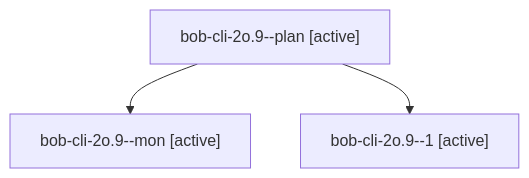
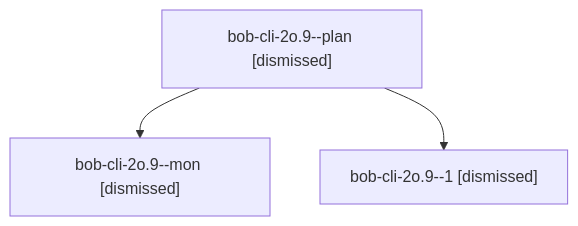
Before and after one commit to bobs-org/bob-cli--agents: the diagram in sessions/bbugyi200.apollo.bob-cli-2o.9.md, drawn with Mermaid. The commit also changed other lines of this file and 135 other files, not shown here.

````diff
--- a/sessions/bbugyi200.apollo.bob-cli-2o.9.md
+++ b/sessions/bbugyi200.apollo.bob-cli-2o.9.md
@@ -9,8 +9,8 @@
 ```mermaid
 flowchart TD
-  n0["bob-cli-2o.9--plan [active]"]
-  n1["bob-cli-2o.9--mon [active]"]
+  n0["bob-cli-2o.9--plan [dismissed]"]
+  n1["bob-cli-2o.9--mon [dismissed]"]
   n0 --> n1
-  n2["bob-cli-2o.9--1 [active]"]
+  n2["bob-cli-2o.9--1 [dismissed]"]
   n0 --> n2
 ```
````
